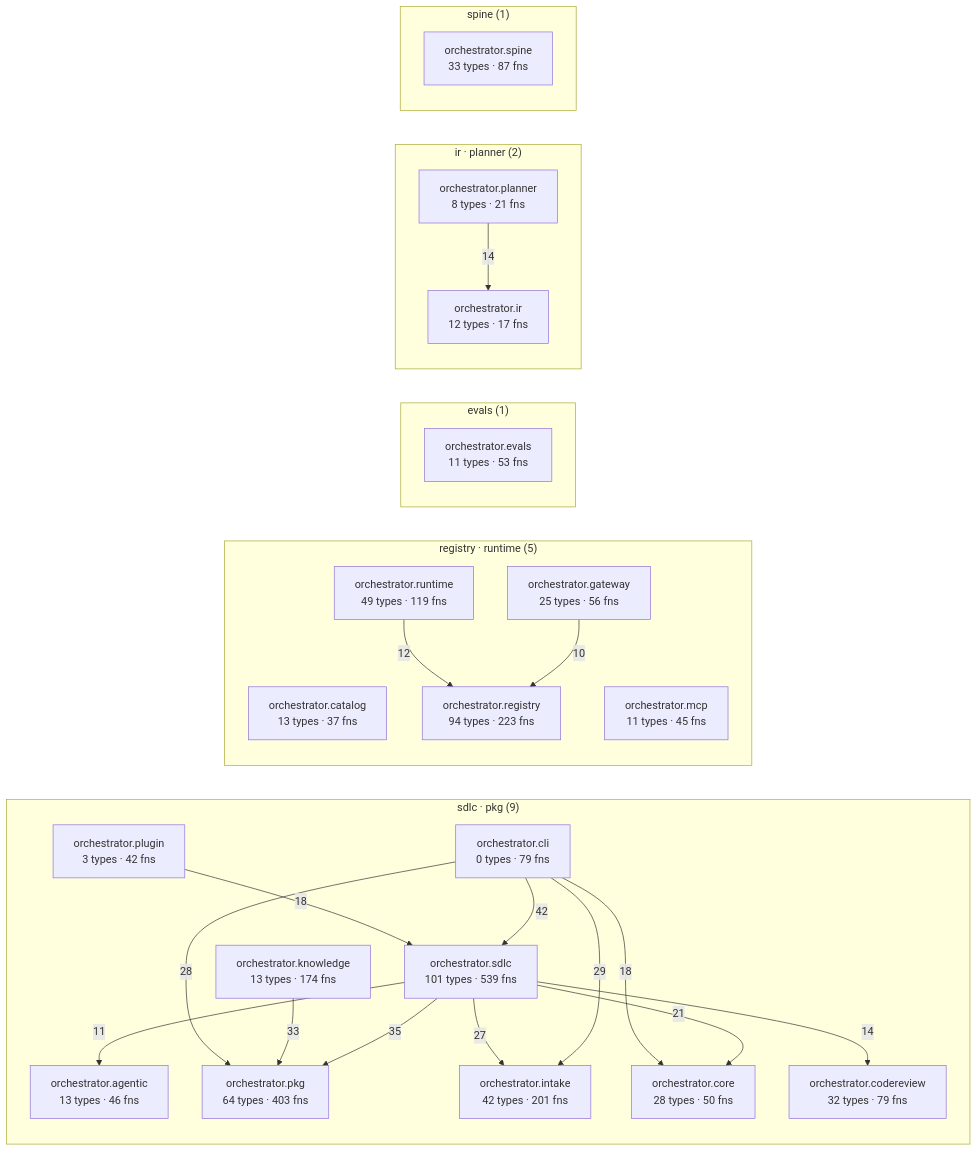
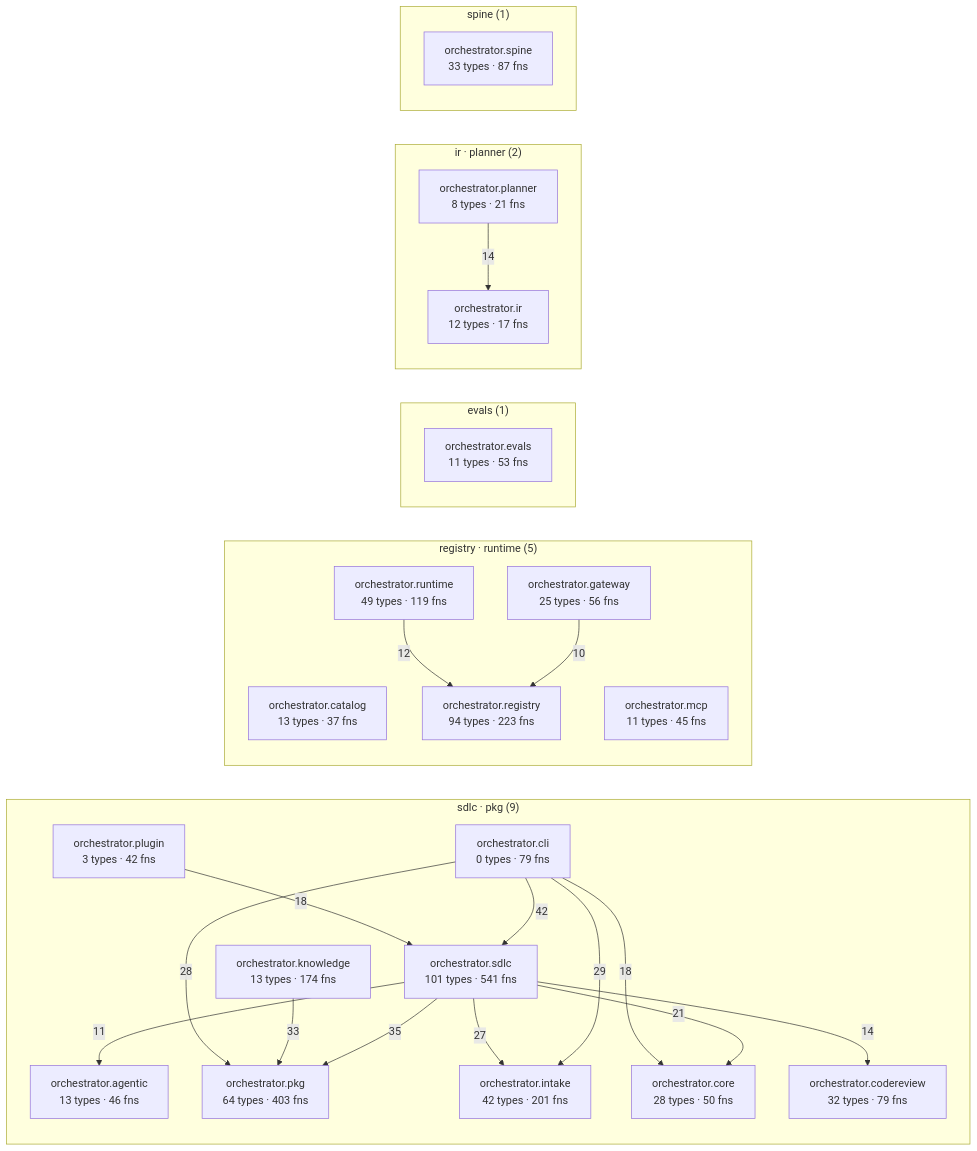
Before and after one commit to synaptixs/spine: the diagram in episteme/architecture.md, drawn with Mermaid. The commit also changed other lines of this file and 10 other files, not shown here.

````diff
--- a/episteme/architecture.md
+++ b/episteme/architecture.md
@@ -54,45 +54,45 @@
 ```mermaid
 flowchart LR
   subgraph c_1["sdlc · pkg (9)"]
     aorchestratoragentic["orchestrator.agentic<br/>13 types · 46 fns"]
     aorchestratorcli["orchestrator.cli<br/>0 types · 79 fns"]
     aorchestratorcodereview["orchestrator.codereview<br/>32 types · 79 fns"]
     aorchestratorcore["orchestrator.core<br/>28 types · 50 fns"]
     aorchestratorintake["orchestrator.intake<br/>42 types · 201 fns"]
     aorchestratorknowledge["orchestrator.knowledge<br/>13 types · 174 fns"]
     aorchestratorpkg["orchestrator.pkg<br/>64 types · 403 fns"]
     aorchestratorplugin["orchestrator.plugin<br/>3 types · 42 fns"]
-    aorchestratorsdlc["orchestrator.sdlc<br/>101 types · 539 fns"]
+    aorchestratorsdlc["orchestrator.sdlc<br/>101 types · 541 fns"]
   end
   subgraph c_3["registry · runtime (5)"]
     aorchestratorcatalog["orchestrator.catalog<br/>13 types · 37 fns"]
     aorchestratorgateway["orchestrator.gateway<br/>25 types · 56 fns"]
     aorchestratormcp["orchestrator.mcp<br/>11 types · 45 fns"]
     aorchestratorregistry["orchestrator.registry<br/>94 types · 223 fns"]
     aorchestratorruntime["orchestrator.runtime<br/>49 types · 119 fns"]
   end
   subgraph c_5["evals (1)"]
     aorchestratorevals["orchestrator.evals<br/>11 types · 53 fns"]
   end
   subgraph c_7["ir · planner (2)"]
     aorchestratorir["orchestrator.ir<br/>12 types · 17 fns"]
     aorchestratorplanner["orchestrator.planner<br/>8 types · 21 fns"]
   end
   subgraph c_10["spine (1)"]
     aorchestratorspine["orchestrator.spine<br/>33 types · 87 fns"]
   end
   aorchestratorcli -->|42| aorchestratorsdlc
   aorchestratorsdlc -->|35| aorchestratorpkg
   aorchestratorknowledge -->|33| aorchestratorpkg
   aorchestratorcli -->|29| aorchestratorintake
   aorchestratorcli -->|28| aorchestratorpkg
   aorchestratorsdlc -->|27| aorchestratorintake
   aorchestratorsdlc -->|21| aorchestratorcore
   aorchestratorcli -->|18| aorchestratorcore
   aorchestratorplugin -->|18| aorchestratorsdlc
   aorchestratorplanner -->|14| aorchestratorir
   aorchestratorsdlc -->|14| aorchestratorcodereview
   aorchestratorruntime -->|12| aorchestratorregistry
   aorchestratorsdlc -->|11| aorchestratoragentic
   aorchestratorgateway -->|10| aorchestratorregistry
 ```
````
